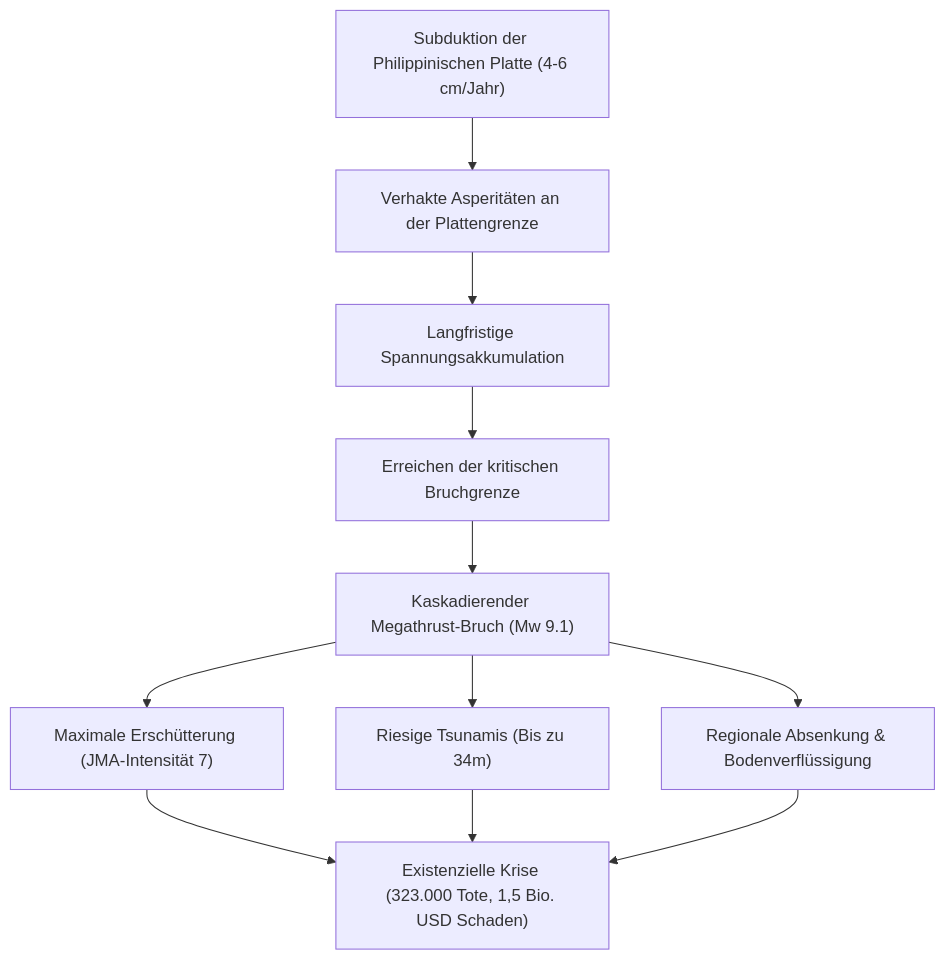
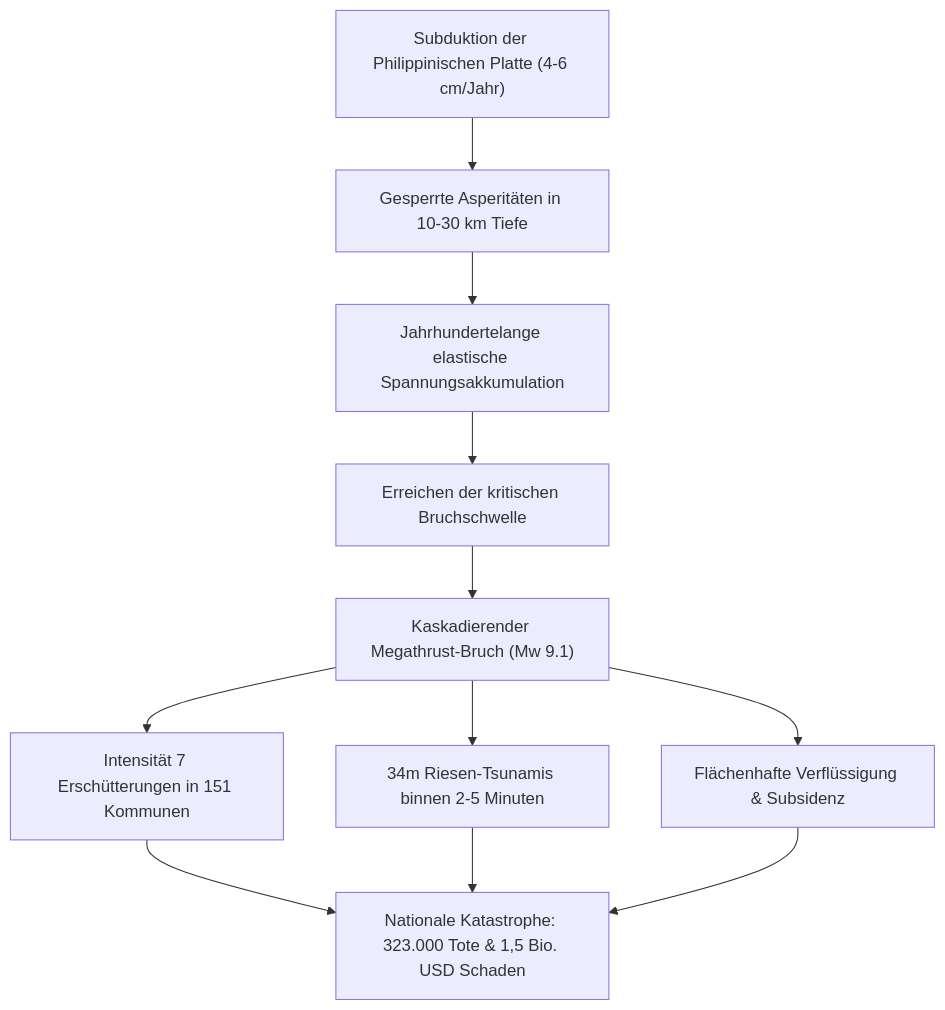
The diagram in content/post/nankai-trough-megathrust-earthquake-scientific-guide-disaster-prevention/index.de.md (kenjinote/blog), drawn with Mermaid before and after one commit. The commit also changed other lines of this file and 12 other files, not shown here.

````diff
--- a/content/post/nankai-trough-megathrust-earthquake-scientific-guide-disaster-prevention/index.de.md
+++ b/content/post/nankai-trough-megathrust-earthquake-scientific-guide-disaster-prevention/index.de.md
@@ -17,13 +27,11 @@
 ```mermaid
 flowchart TD
-    P1["Subduktion der Philippinischen Platte (4-6 cm/Jahr)"] --> P2["Verhakte Asperitäten an der Plattengrenze"]
-    P2 --> P3["Langfristige Spannungsakkumulation"]
-    P3 --> P4["Erreichen der kritischen Bruchgrenze"]
+    P1["Subduktion der Philippinischen Platte (4-6 cm/Jahr)"] --> P2["Gesperrte Asperitäten in 10-30 km Tiefe"]
+    P2 --> P3["Jahrhundertelange elastische Spannungsakkumulation"]
+    P3 --> P4["Erreichen der kritischen Bruchschwelle"]
     P4 --> P5["Kaskadierender Megathrust-Bruch (Mw 9.1)"]
-    P5 --> E1["Maximale Erschütterung (JMA-Intensität 7)"]
-    P5 --> E2["Riesige Tsunamis (Bis zu 34m)"]
-    P5 --> E3["Regionale Absenkung & Bodenverflüssigung"]
-    E1 --> TOTAL["Existenzielle Krise (323.000 Tote, 1,5 Bio. USD Schaden)"]
-    E2 --> TOTAL
-    E3 --> TOTAL
+    P5 --> E1["Intensität 7 Erschütterungen in 151 Kommunen"]
+    P5 --> E2["34m Riesen-Tsunamis binnen 2-5 Minuten"]
+    P5 --> E3["Flächenhafte Verflüssigung & Subsidenz"]
+    E1 & E2 & E3 --> TOTAL["Nationale Katastrophe: 323.000 Tote & 1,5 Bio. USD Schaden"]
 ```
````
